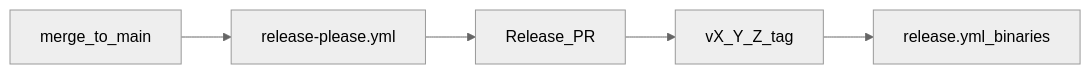
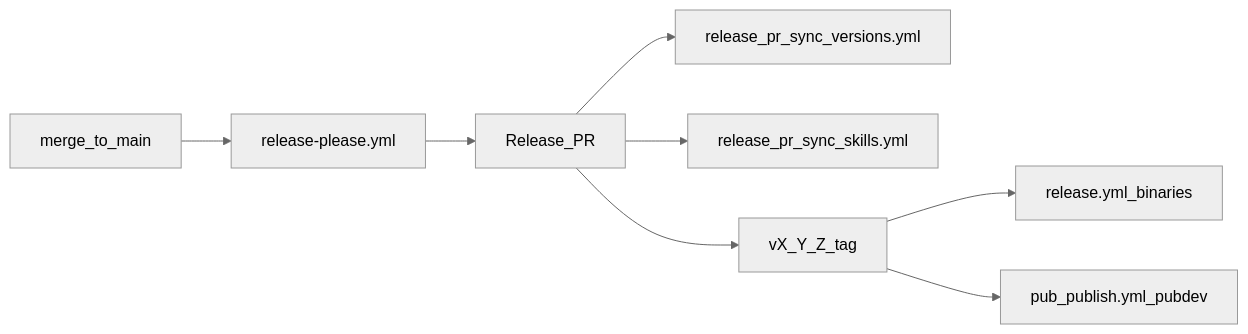
The diagram in plugin/skills/flutter-mcp-toolkit-repo-maintainer/SKILL.md (Arenukvern/mcp_flutter), drawn with Mermaid (neutral theme) before and after one commit. The commit also changed other lines of this file and 42 other files, not shown here.

````diff
--- a/plugin/skills/flutter-mcp-toolkit-repo-maintainer/SKILL.md
+++ b/plugin/skills/flutter-mcp-toolkit-repo-maintainer/SKILL.md
@@ -61,7 +64,10 @@
 ```mermaid
 flowchart LR
   main[merge_to_main] --> rp[release-please.yml]
   rp --> pr[Release_PR]
+  pr --> sync[release_pr_sync_versions.yml]
+  pr --> assets[release_pr_sync_skills.yml]
   pr --> tag[vX_Y_Z_tag]
   tag --> rel[release.yml_binaries]
+  tag --> pub[pub_publish.yml_pubdev]
 ```
````
